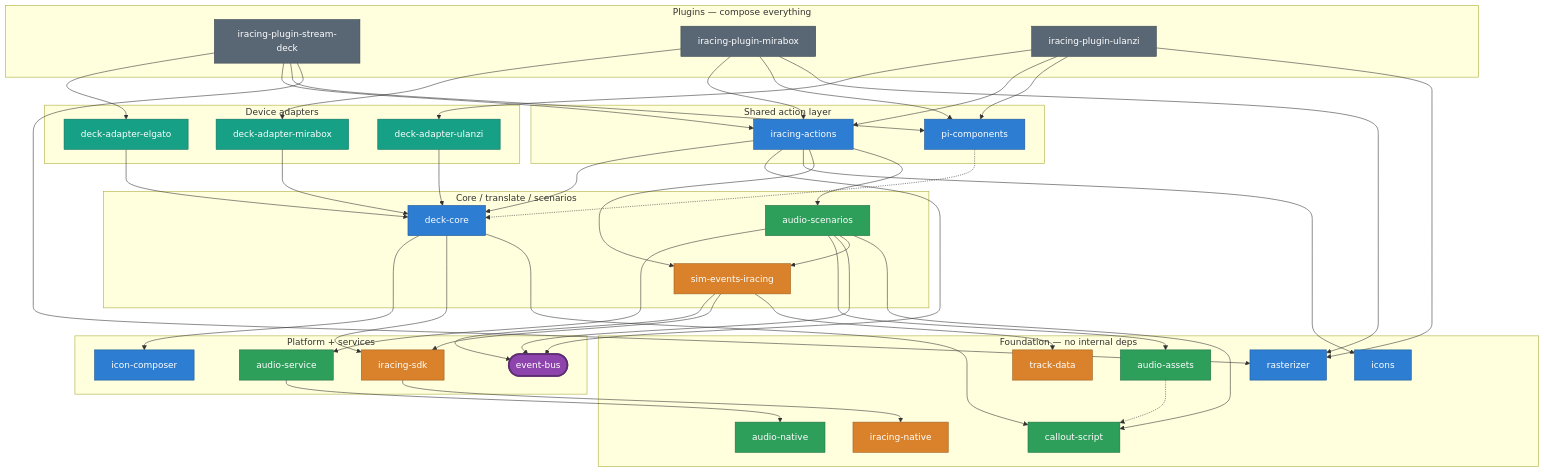
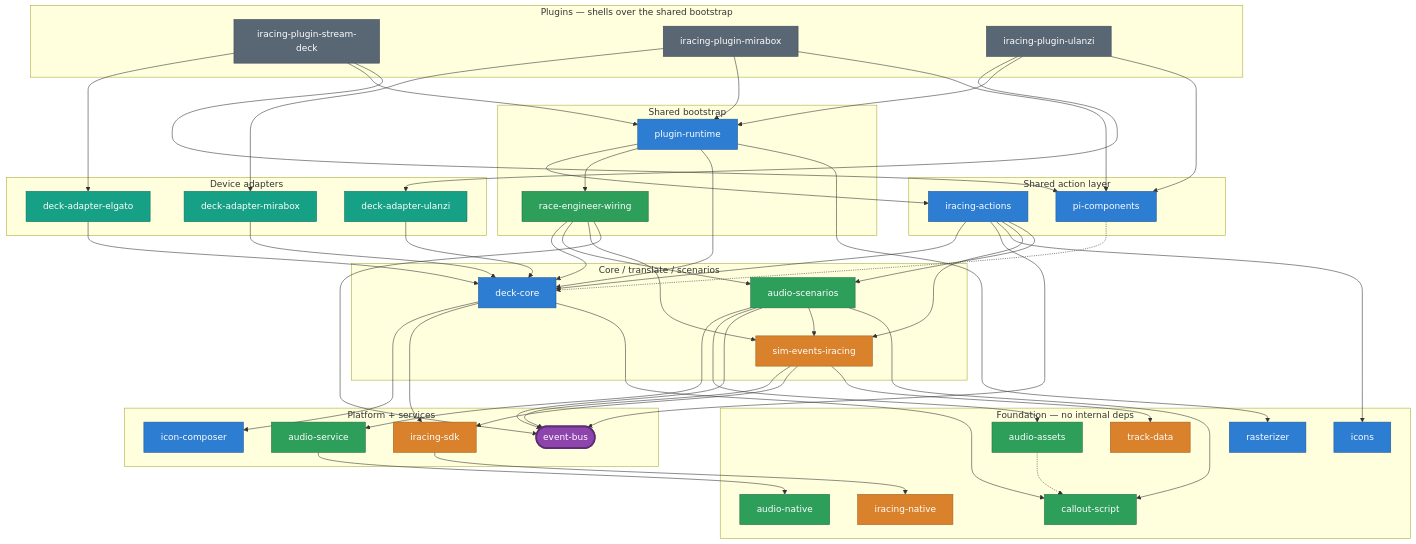
Before and after one commit to niklam/iracedeck: the eighth of 8 diagrams in packages/website/src/content/docs/docs/development/architecture.md, drawn with Mermaid. The commit also changed other lines of this file and 2 other files, not shown here.

First line of the commit message:
docs(website): show the shared composition root on the Architecture page

````diff
--- a/packages/website/src/content/docs/docs/development/architecture.md
+++ b/packages/website/src/content/docs/docs/development/architecture.md
@@ -269,9 +302,13 @@
 ```mermaid
 flowchart TB
-  subgraph plugins["Plugins — compose everything"]
+  subgraph plugins["Plugins — shells over the shared bootstrap"]
     psd["iracing-plugin-stream-deck"]:::plugin
     pmb["iracing-plugin-mirabox"]:::plugin
     pul["iracing-plugin-ulanzi"]:::plugin
+  end
+  subgraph boot["Shared bootstrap"]
+    prt["plugin-runtime"]:::core
+    rew["race-engineer-wiring"]:::audio
   end
   subgraph adapters["Device adapters"]
     aelg["deck-adapter-elgato"]:::adp
@@ -306,15 +343,21 @@
   psd --> aelg
   pmb --> amb
   pul --> aul
-  psd --> acts
-  pmb --> acts
-  pul --> acts
+  psd --> prt
+  pmb --> prt
+  pul --> prt
   psd --> pic
   pmb --> pic
   pul --> pic
-  psd --> rast
-  pmb --> rast
-  pul --> rast
+
+  prt --> acts
+  prt --> rew
+  prt --> dc
+  prt --> rast
+  rew --> dc
+  rew --> asc
+  rew --> sei
+  rew --> eb
 
   aelg --> dc
   amb --> dc
````
